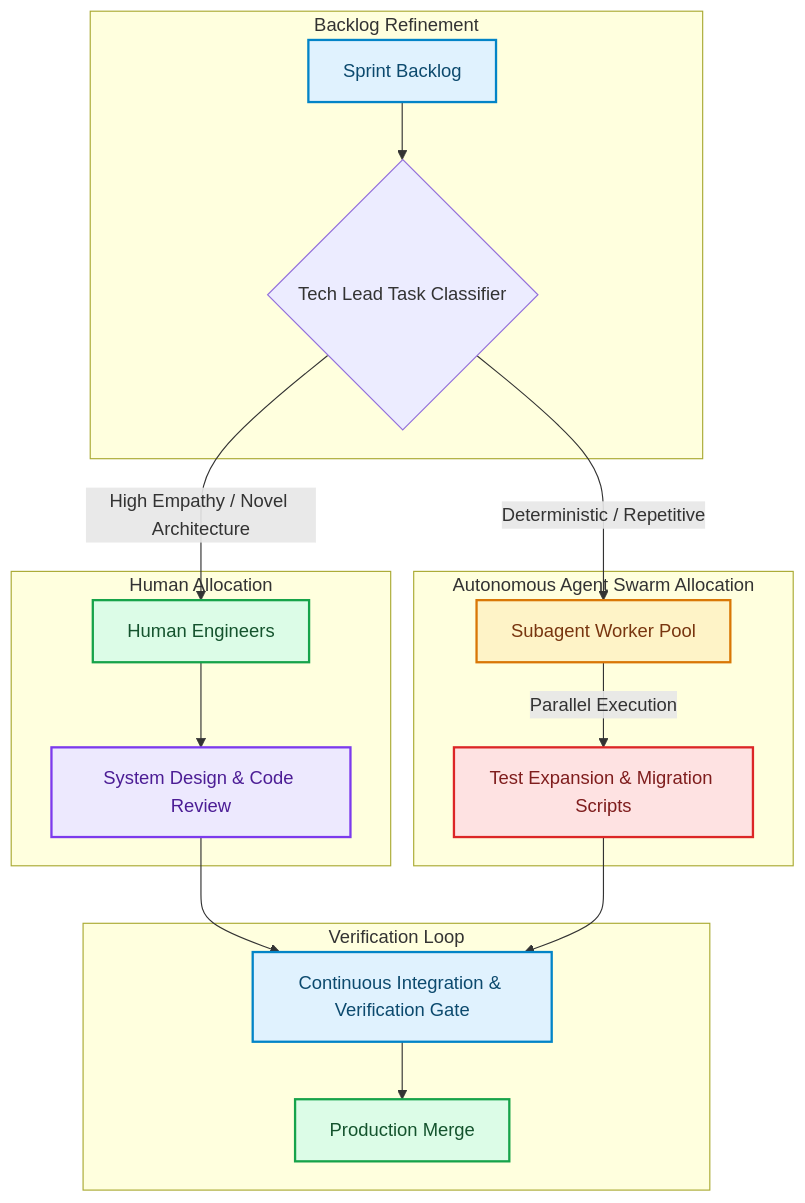
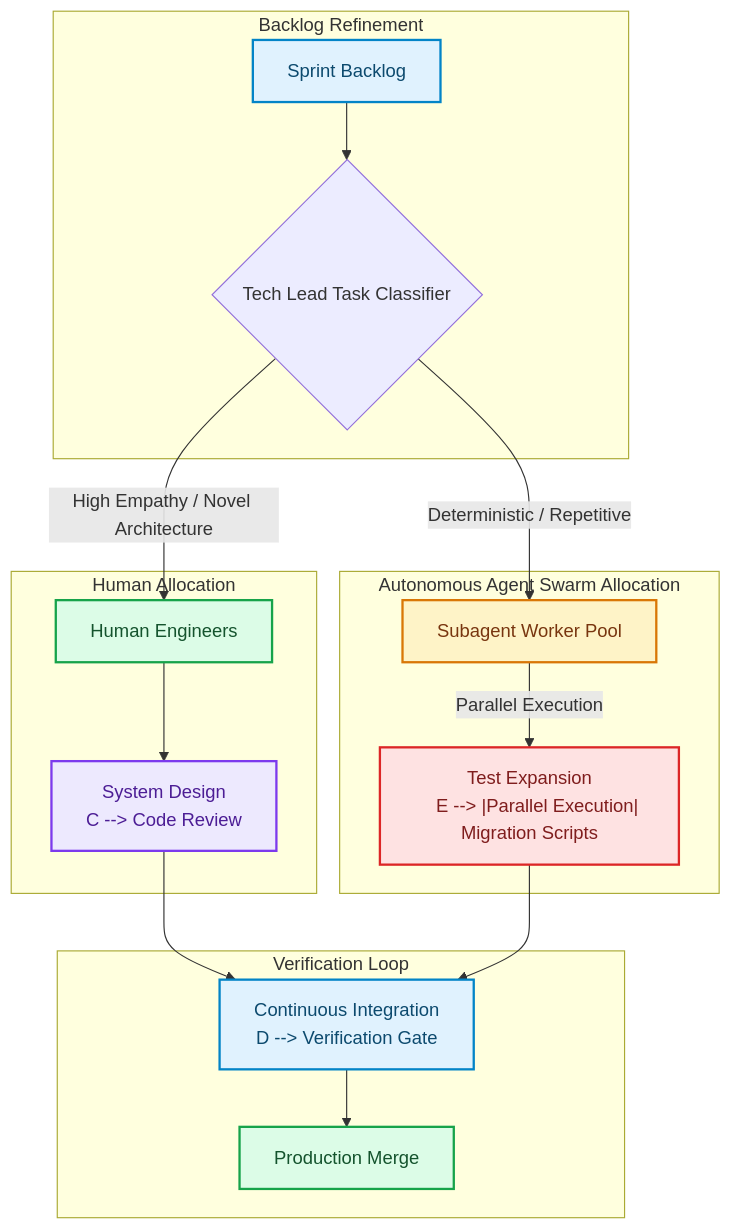
The diagram in blog/posts/tech-lead-orchestrating-hybrid-swarms-sprint-planning.md (akmalkhaniub/akmalkhaniub.github.io), drawn with Mermaid before and after one commit. The commit also changed other lines of this file and 894 other files, not shown here.

Commit message:
feat(blog): upgrade all 444 posts with unique staggered dates, 2-col Mermaid spines, benchmark tables, code blocks, and trade-offs

````diff
--- a/blog/posts/tech-lead-orchestrating-hybrid-swarms-sprint-planning.md
+++ b/blog/posts/tech-lead-orchestrating-hybrid-swarms-sprint-planning.md
@@ -15,30 +15,33 @@
 ```mermaid
 flowchart TD
   subgraph SG1_BacklogRefinement ["Backlog Refinement"]
     A["Sprint Backlog"] --> B{Tech Lead Task Classifier}
   end
   subgraph SG2_HumanAllocation ["Human Allocation"]
     B -->|High Empathy / Novel Architecture| C["Human Engineers"]
-    C --> D["System Design & Code Review"]
+    C --> D["System Design
+    C --> Code Review"]
   end
   subgraph SG3_AutonomousAgentSwarm ["Autonomous Agent Swarm Allocation"]
     B -->|Deterministic / Repetitive| E["Subagent Worker Pool"]
-    E -->|Parallel Execution| F["Test Expansion & Migration Scripts"]
+    E --> |Parallel Execution| F["Test Expansion
+    E --> |Parallel Execution| Migration Scripts"]
   end
   subgraph SG4_VerificationLoop ["Verification Loop"]
-    D --> G["Continuous Integration & Verification Gate"]
+    D --> G["Continuous Integration
+    D --> Verification Gate"]
     F --> G
     G --> H["Production Merge"]
   end
 
 classDef green fill:#dcfce7,stroke:#16a34a,stroke-width:2px,color:#14532d;
 classDef red fill:#fee2e2,stroke:#dc2626,stroke-width:2px,color:#7f1d1d;
 classDef blue fill:#e0f2fe,stroke:#0284c7,stroke-width:2px,color:#0c4a6e;
 classDef yellow fill:#fef3c7,stroke:#d97706,stroke-width:2px,color:#78350f;
 classDef purple fill:#ede9fe,stroke:#7c3aed,stroke-width:2px,color:#4c1d95;
 class A,G blue
 class C,H green
 class D purple
 class E yellow
 class F red
 ```
````
